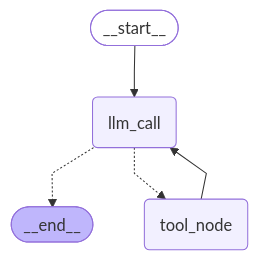
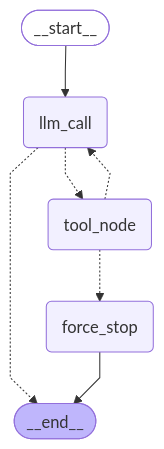
One commit to layneliulei/iot-agent changed the diagram in README.md. Above: the diagram before and after it, drawn with Mermaid. The commit also changed other lines of this file, not shown here.

````diff
--- a/README.md
+++ b/README.md
@@ -18,19 +18,23 @@
 ```mermaid
 ---
 config:
   flowchart:
     curve: linear
 ---
 graph TD;
         __start__([<p>__start__</p>]):::first
         llm_call(llm_call)
         tool_node(tool_node)
+        force_stop(force_stop)
         __end__([<p>__end__</p>]):::last
         __start__ --> llm_call;
         llm_call -.-> __end__;
         llm_call -.-> tool_node;
-        tool_node --> llm_call;
+        tool_node -.-> force_stop;
+        tool_node -.-> llm_call;
+        force_stop --> __end__;
         classDef default fill:#f2f0ff,line-height:1.2
         classDef first fill-opacity:0
         classDef last fill:#bfb6fc
+
 ```
````
